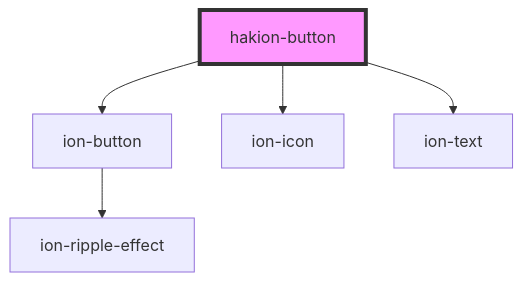
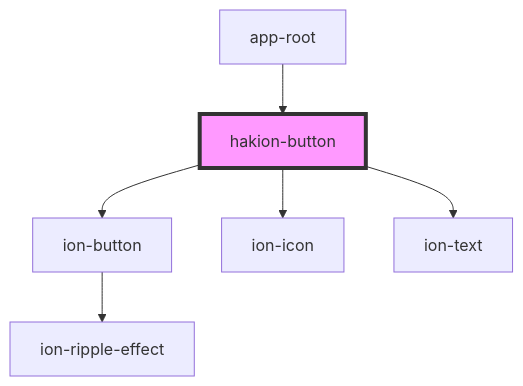
Before and after one commit to Hakkei-Co/nub-ui: the diagram in src/components/hakion-button/readme.md, drawn with Mermaid. The commit also changed other lines of this file and 51 other files, not shown here.

````diff
--- a/src/components/hakion-button/readme.md
+++ b/src/components/hakion-button/readme.md
@@ -70,8 +74,9 @@
 ```mermaid
 graph TD;
   hakion-button --> ion-button
   hakion-button --> ion-icon
   hakion-button --> ion-text
   ion-button --> ion-ripple-effect
+  app-root --> hakion-button
   style hakion-button fill:#f9f,stroke:#333,stroke-width:4px
 ```
````
